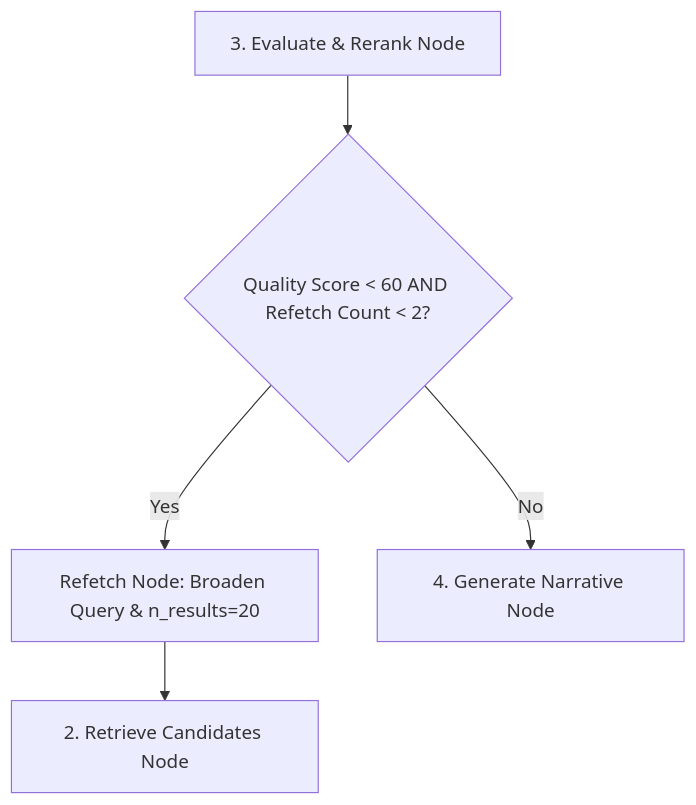
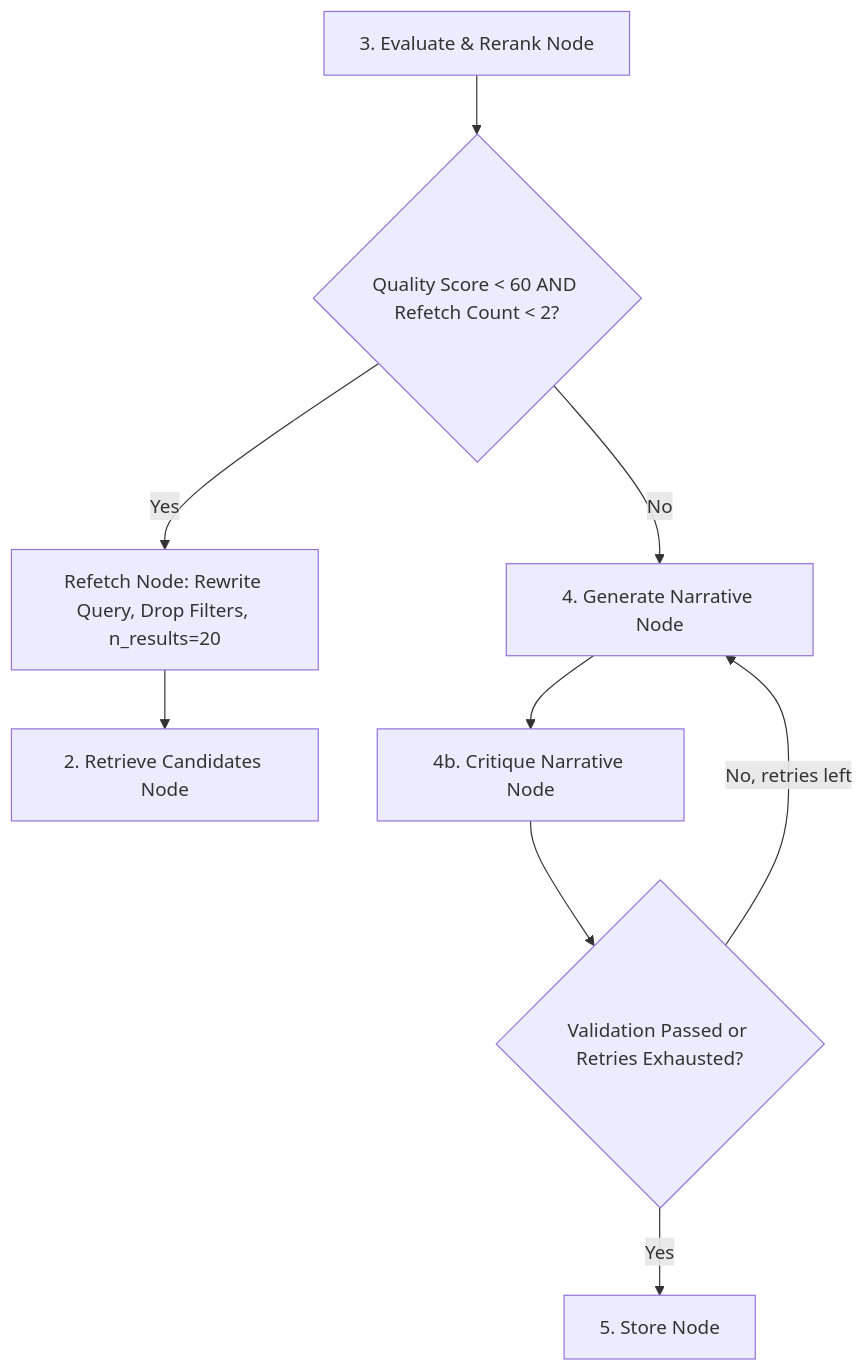
Before and after one commit to Karthikeya63056/AURA_SmartReco: the diagram in docs/AGENT.md, drawn with Mermaid. The commit also changed other lines of this file and 27 other files, not shown here.

````diff
--- a/docs/AGENT.md
+++ b/docs/AGENT.md
@@ -46,7 +70,11 @@
 ```mermaid
 graph TD
     Eval[3. Evaluate & Rerank Node] --> Check{Quality Score < 60 AND Refetch Count < 2?}
-    Check -- Yes --> Broaden[Refetch Node: Broaden Query & n_results=20]
+    Check -- Yes --> Broaden[Refetch Node: Rewrite Query, Drop Filters, n_results=20]
     Broaden --> Retrieve[2. Retrieve Candidates Node]
     Check -- No --> Generate[4. Generate Narrative Node]
+    Generate --> Critique[4b. Critique Narrative Node]
+    Critique --> RetryCheck{Validation Passed or Retries Exhausted?}
+    RetryCheck -- No, retries left --> Generate
+    RetryCheck -- Yes --> Store[5. Store Node]
 ```
````
